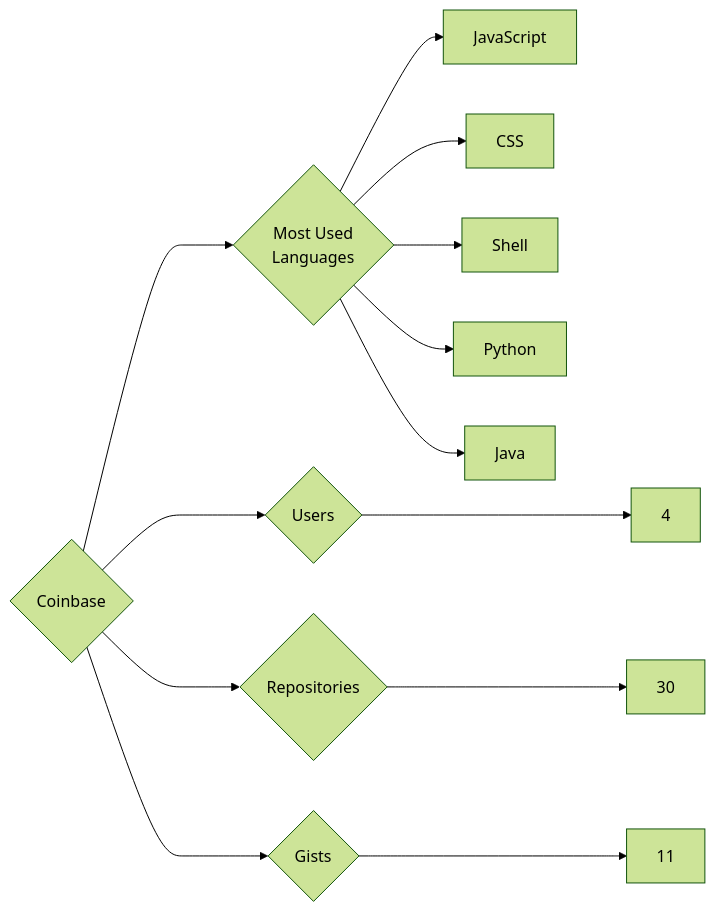
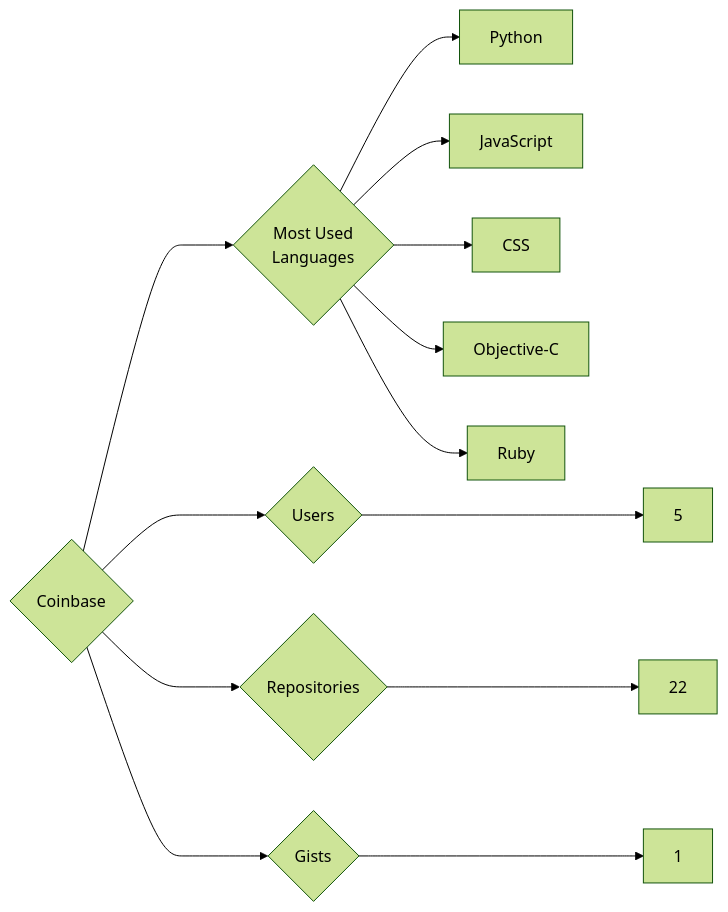
One commit to trickest/insiders changed the diagram in targets/Coinbase/README.md. Above: the diagram before and after it, drawn with Mermaid (forest theme). The commit also changed 1149 other files, not shown here.

````diff
--- a/targets/Coinbase/README.md
+++ b/targets/Coinbase/README.md
@@ -3,13 +3,13 @@
 ```mermaid
 graph LR
 COMPANY_NAME{Coinbase}
-COMPANY_NAME ---> U{Users} ---> UN[4]
-COMPANY_NAME ---> R{Repositories} ---> RN[30]
-COMPANY_NAME ---> G{Gists} ---> GN[11]
+COMPANY_NAME ---> U{Users} ---> UN[5]
+COMPANY_NAME ---> R{Repositories} ---> RN[22]
+COMPANY_NAME ---> G{Gists} ---> GN[1]
 COMPANY_NAME ---> ML{Most Used<br>Languages}
+ML --> Python[Python]
 ML --> JavaScript[JavaScript]
 ML --> CSS[CSS]
-ML --> Shell[Shell]
-ML --> Python[Python]
-ML --> Java[Java]
+ML --> Objective-C[Objective-C]
+ML --> Ruby[Ruby]
 ```
````
